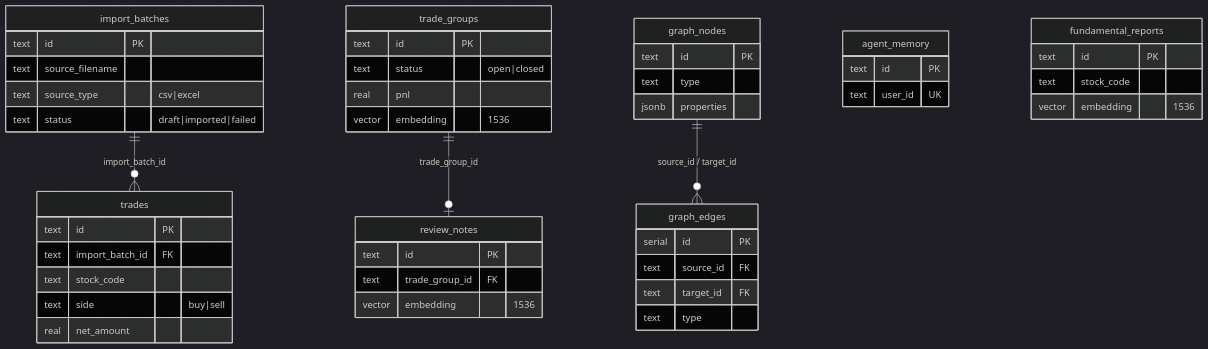
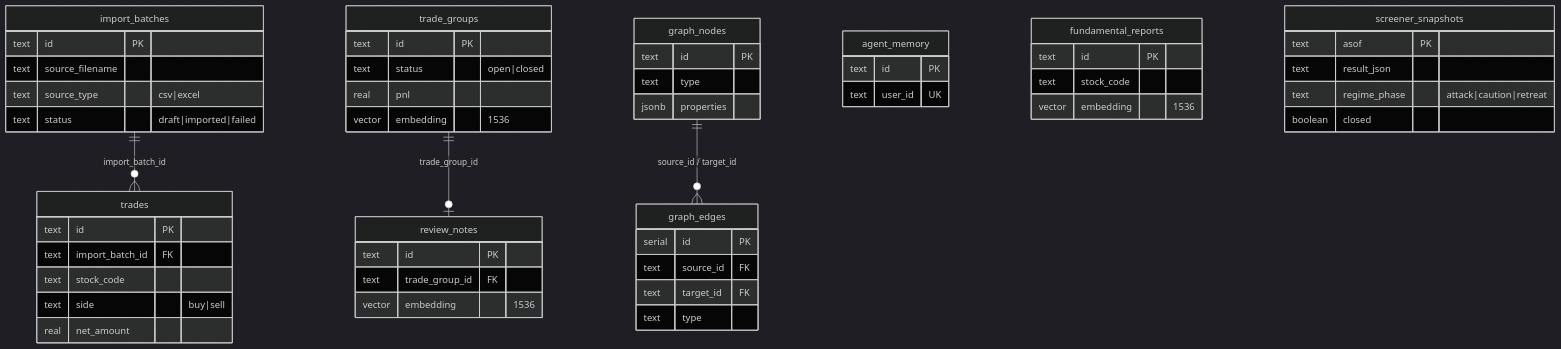
Before and after one commit to xzy025/wax-wane: the diagram in docs/database-schema.md, drawn with Mermaid (dark theme). The commit also changed other lines of this file and 20 other files, not shown here.

````diff
--- a/docs/database-schema.md
+++ b/docs/database-schema.md
@@ -17,51 +17,57 @@
 ```mermaid
 erDiagram
     import_batches ||--o{ trades : "import_batch_id"
     trade_groups   ||--o| review_notes : "trade_group_id"
     graph_nodes    ||--o{ graph_edges : "source_id / target_id"
 
     import_batches {
       text id PK
       text source_filename
       text source_type "csv|excel"
       text status "draft|imported|failed"
     }
     trades {
       text id PK
       text import_batch_id FK
       text stock_code
       text side "buy|sell"
       real net_amount
     }
     trade_groups {
       text id PK
       text status "open|closed"
       real pnl
       vector embedding "1536"
     }
     review_notes {
       text id PK
       text trade_group_id FK
       vector embedding "1536"
     }
     agent_memory {
       text id PK
       text user_id UK
     }
     fundamental_reports {
       text id PK
       text stock_code
       vector embedding "1536"
     }
+    screener_snapshots {
+      text asof PK
+      text result_json
+      text regime_phase "attack|caution|retreat"
+      boolean closed
+    }
     graph_nodes {
       text id PK
       text type
       jsonb properties
     }
     graph_edges {
       serial id PK
       text source_id FK
       text target_id FK
       text type
     }
 ```
````
